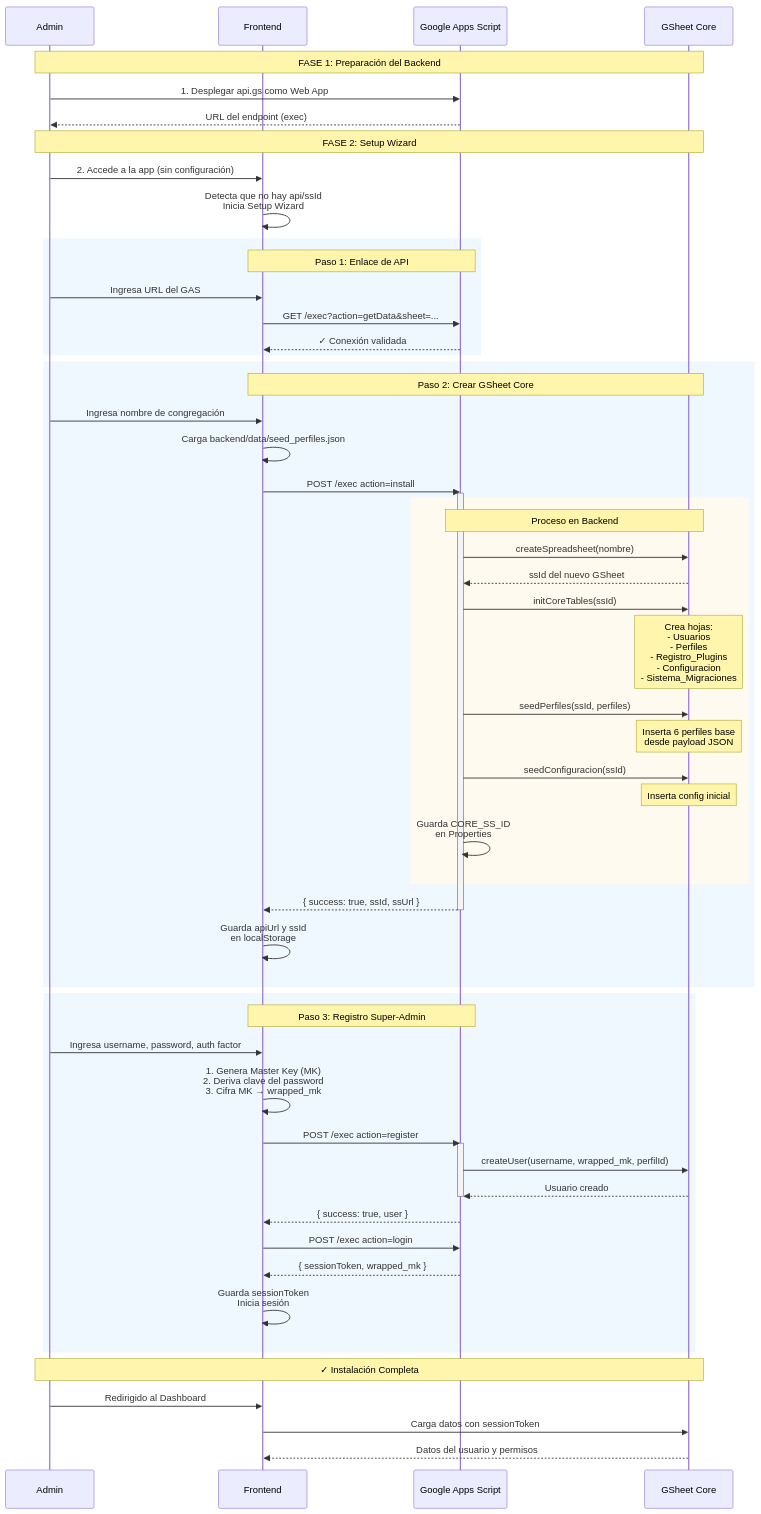
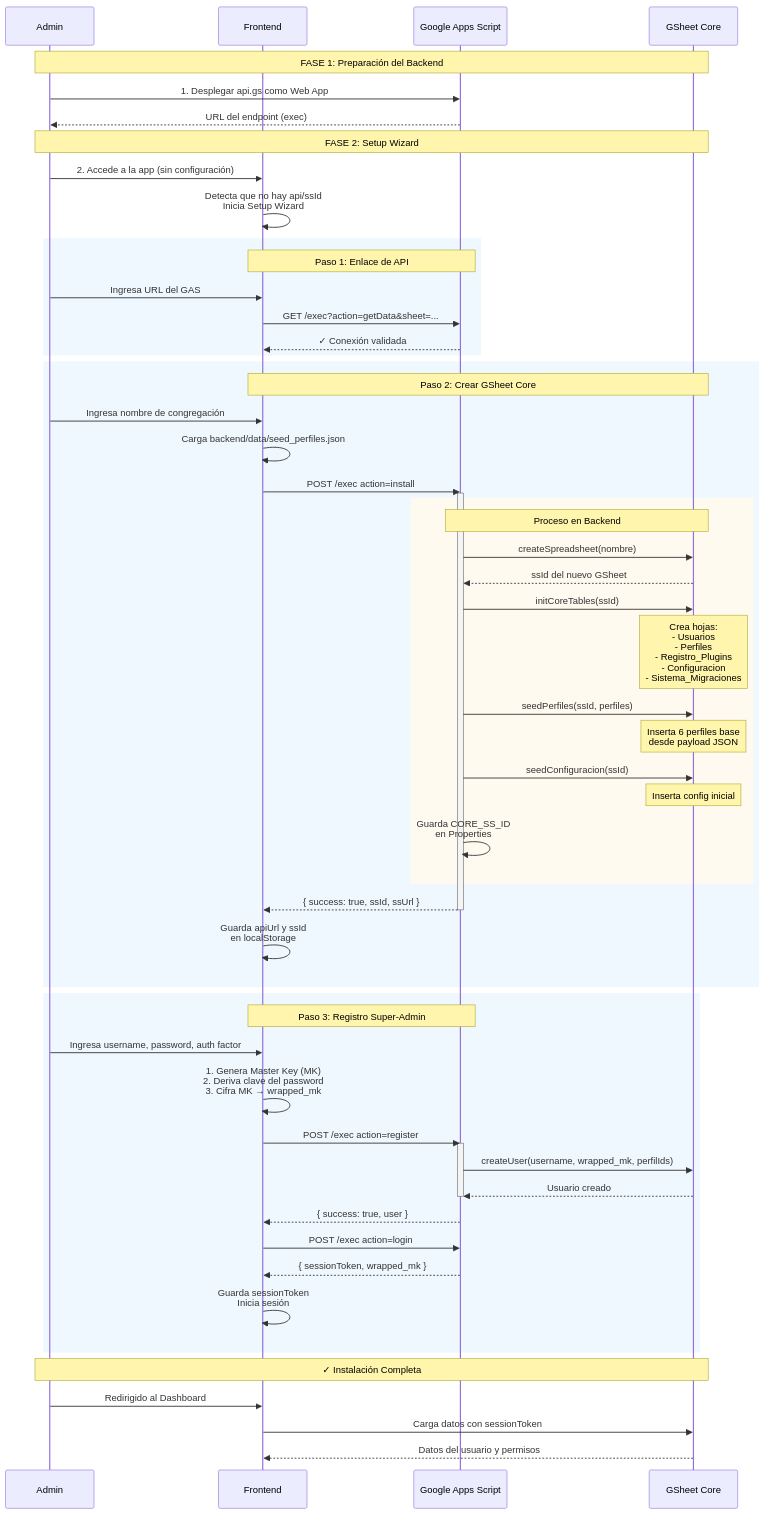
Before and after one commit to congre-admin/congre-admin: the diagram in docs/architecture/Instalacion.md, drawn with Mermaid. The commit also changed 46 other files, not shown here.

````diff
--- a/docs/architecture/Instalacion.md
+++ b/docs/architecture/Instalacion.md
@@ -12,78 +12,78 @@
 ```mermaid
 sequenceDiagram
     participant Admin
     participant Frontend
     participant Backend as Google Apps Script
     participant Core as GSheet Core
 
     Note over Admin,Core: FASE 1: Preparación del Backend
 
     Admin->>Backend: 1. Desplegar api.gs como Web App
     Backend-->>Admin: URL del endpoint (exec)
 
     Note over Admin,Core: FASE 2: Setup Wizard
 
     Admin->>Frontend: 2. Accede a la app (sin configuración)
     Frontend->>Frontend: Detecta que no hay api/ssId<br/>Inicia Setup Wizard
 
     rect rgb(240, 248, 255)
         Note over Frontend,Backend: Paso 1: Enlace de API
         Admin->>Frontend: Ingresa URL del GAS
         Frontend->>Backend: GET /exec?action=getData&sheet=...
         Backend-->>Frontend: ✓ Conexión validada
     end
 
     rect rgb(240, 248, 255)
         Note over Frontend,Core: Paso 2: Crear GSheet Core
         Admin->>Frontend: Ingresa nombre de congregación
         Frontend->>Frontend: Carga backend/data/seed_perfiles.json
         
         Frontend->>Backend: POST /exec action=install
         activate Backend
         rect rgb(255, 250, 240)
             Note over Backend,Core: Proceso en Backend
             Backend->>Core: createSpreadsheet(nombre)
             Core-->>Backend: ssId del nuevo GSheet
             
             Backend->>Core: initCoreTables(ssId)
             Note over Core: Crea hojas:<br/>- Usuarios<br/>- Perfiles<br/>- Registro_Plugins<br/>- Configuracion<br/>- Sistema_Migraciones
             
             Backend->>Core: seedPerfiles(ssId, perfiles)
             Note over Core: Inserta 6 perfiles base<br/>desde payload JSON
             
             Backend->>Core: seedConfiguracion(ssId)
             Note over Core: Inserta config inicial
             
             Backend->>Backend: Guarda CORE_SS_ID<br/>en Properties
         end
         Backend-->>Frontend: { success: true, ssId, ssUrl }
         deactivate Backend
         
         Frontend->>Frontend: Guarda apiUrl y ssId<br/>en localStorage
     end
 
     rect rgb(240, 248, 255)
         Note over Frontend,Backend: Paso 3: Registro Super-Admin
         Admin->>Frontend: Ingresa username, password, auth factor
         Frontend->>Frontend: 1. Genera Master Key (MK)<br/>2. Deriva clave del password<br/>3. Cifra MK → wrapped_mk
         
         Frontend->>Backend: POST /exec action=register
         activate Backend
-        Backend->>Core: createUser(username, wrapped_mk, perfilId)
+        Backend->>Core: createUser(username, wrapped_mk, perfilIds)
         Core-->>Backend: Usuario creado
         deactivate Backend
         
         Backend-->>Frontend: { success: true, user }
         
         Frontend->>Backend: POST /exec action=login
         Backend-->>Frontend: { sessionToken, wrapped_mk }
         
         Frontend->>Frontend: Guarda sessionToken<br/>Inicia sesión
     end
 
     Note over Admin,Core: ✓ Instalación Completa
 
     Admin->>Frontend: Redirigido al Dashboard
     Frontend->>Core: Carga datos con sessionToken
     Core-->>Frontend: Datos del usuario y permisos
 ```
````
